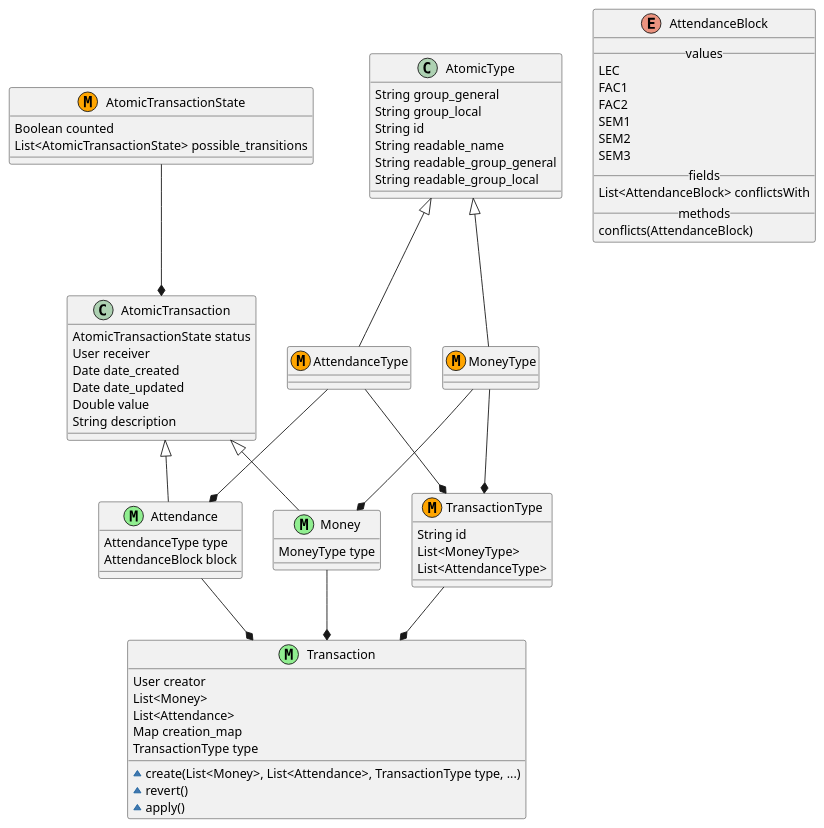
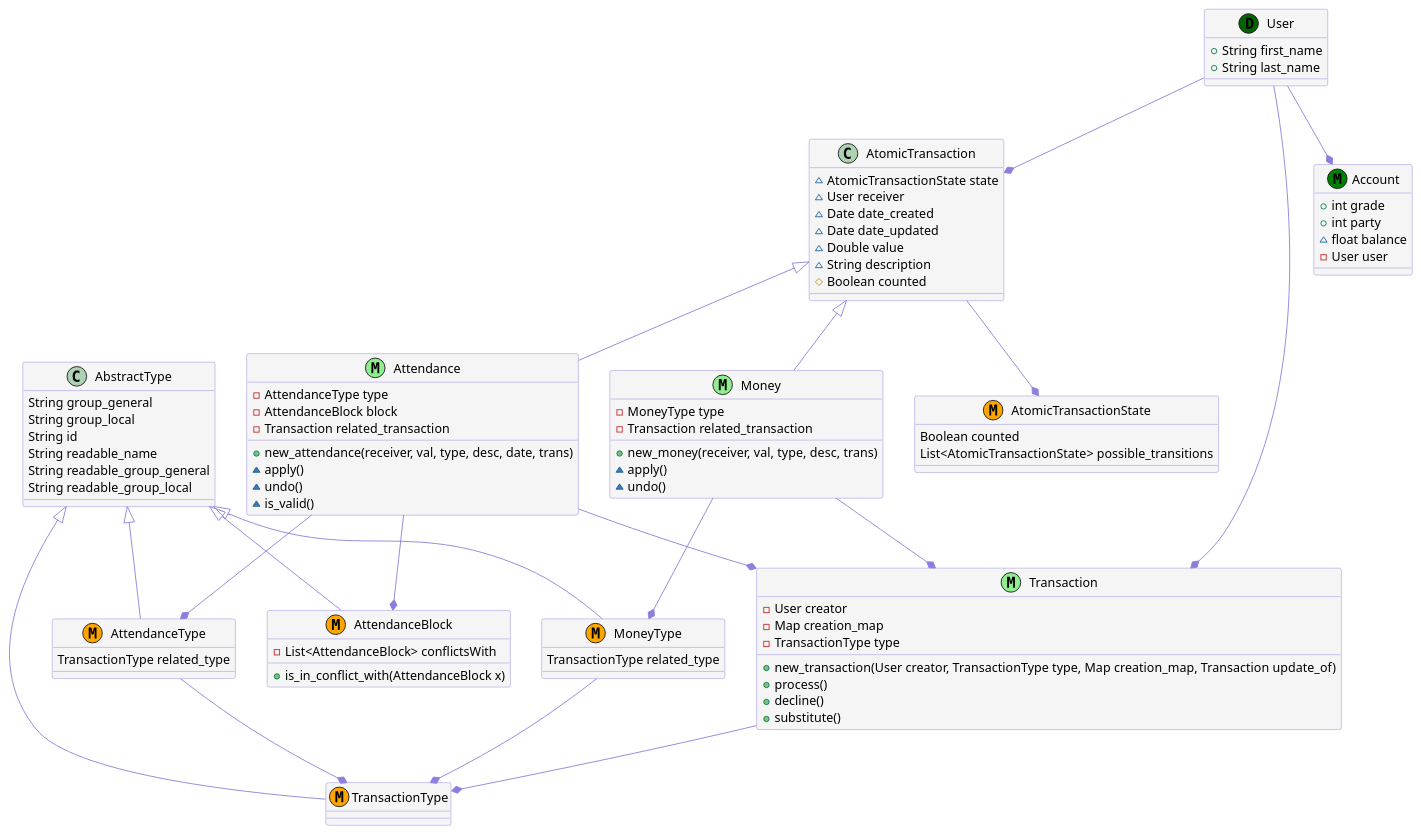
One commit to nkorobkov/lfmsh_bank changed the diagram in django-app/meta_files/diagrams/TransactionModel.puml. Above: the diagram before and after it, drawn with PlantUML. The commit also changed 4 other files, not shown here.

Commit message:
Some UML schemas improved Readme updated with nkorobkov.com link

```diff
--- a/django-app/meta_files/diagrams/TransactionModel.puml
+++ b/django-app/meta_files/diagrams/TransactionModel.puml
@@ -1,102 +1,128 @@
 @startuml
+
+skinparam class {
+	BackgroundColor #f5f5f5
+	ArrowColor #8d7edc
+	BorderColor #8d7edc
+}
 
 class Transaction  << (M,lightgreen) >>{
 
-User creator
-List<Money>
-List<Attendance>
-Map creation_map
-TransactionType type
+- User creator
+- Map creation_map
+- TransactionType type
 
-~ create(List<Money>, List<Attendance>, TransactionType type, ...)
-~ revert()
-~ apply()
++ new_transaction(User creator, TransactionType type, Map creation_map, Transaction update_of)
++ process()
++ decline()
++ substitute()
 
 }
 
 Class Money  << (M,lightgreen) >> {
-MoneyType type
+- MoneyType type
+- Transaction related_transaction
+
++ new_money(receiver, val, type, desc, trans)
+~ apply()
+~ undo()
 }
 
 Class Attendance  << (M,lightgreen) >> {
-AttendanceType type
-AttendanceBlock block
+- AttendanceType type
+- AttendanceBlock block
+- Transaction related_transaction
+
++ new_attendance(receiver, val, type, desc, date, trans)
+~ apply()
+~ undo()
+~ is_valid()
 }
 
 
 class AtomicTransaction{
- AtomicTransactionState status
- User receiver
- Date date_created
- Date date_updated
- Double value
- String description
+ ~ AtomicTransactionState state
+ ~ User receiver
+ ~ Date date_created
+ ~ Date date_updated
+ ~ Double value
+ ~ String description
+ # Boolean counted
 }
 
-ENUM AttendanceBlock{
-__values__
-LEC
-FAC1
-FAC2
-SEM1
-SEM2
-SEM3
-__fields__
-List<AttendanceBlock> conflictsWith
-__methods__
-conflicts(AttendanceBlock)
+class AttendanceBlock  << (M,orange) >>{
+
+-  List<AttendanceBlock> conflictsWith
+
++ is_in_conflict_with(AttendanceBlock x)
 }
 
 class TransactionType << (M,orange) >> {
-String id
-List<MoneyType>
-List<AttendanceType>
 }
 
-class AtomicType{
+class AbstractType{
 String group_general
 String group_local
 String id
 String readable_name
 String readable_group_general
 String readable_group_local
 }
 
 class AttendanceType << (M,orange) >> {
-
+TransactionType related_type
 }
 
 class MoneyType << (M,orange) >> {
-
+TransactionType related_type
 }
 
 
 class AtomicTransactionState << (M,orange) >> {
 Boolean counted
 List<AtomicTransactionState> possible_transitions
 
 }
 
+class User << (D,darkgreen) >>{
++ String first_name
++ String last_name
+}
 
+
+class Account << (M, green) >>{
++ int grade
++ int party
+~ float balance
+- User user
+}
 
 Money -up-|> AtomicTransaction
 Attendance -up-|> AtomicTransaction
 
 
-MoneyType -up-|> AtomicType
-AttendanceType -up-|> AtomicType
+MoneyType -up-|> AbstractType
+AttendanceType -up-|> AbstractType
+AttendanceBlock -up-|> AbstractType
+TransactionType -up-|> AbstractType
 
-MoneyType --* Money
-AttendanceType --* Attendance
-AtomicTransactionState --* AtomicTransaction
+
+Money --* MoneyType
+Attendance --* AttendanceType
+Attendance --* AttendanceBlock
+AtomicTransaction --* AtomicTransactionState
 
 Money --* Transaction
 Attendance --* Transaction
-TransactionType --* Transaction
+Transaction --* TransactionType
 
 
 MoneyType --* TransactionType
 AttendanceType --* TransactionType
 
+User --* Account
+User --* Transaction
+User --* AtomicTransaction
+
 
 @enduml
```
